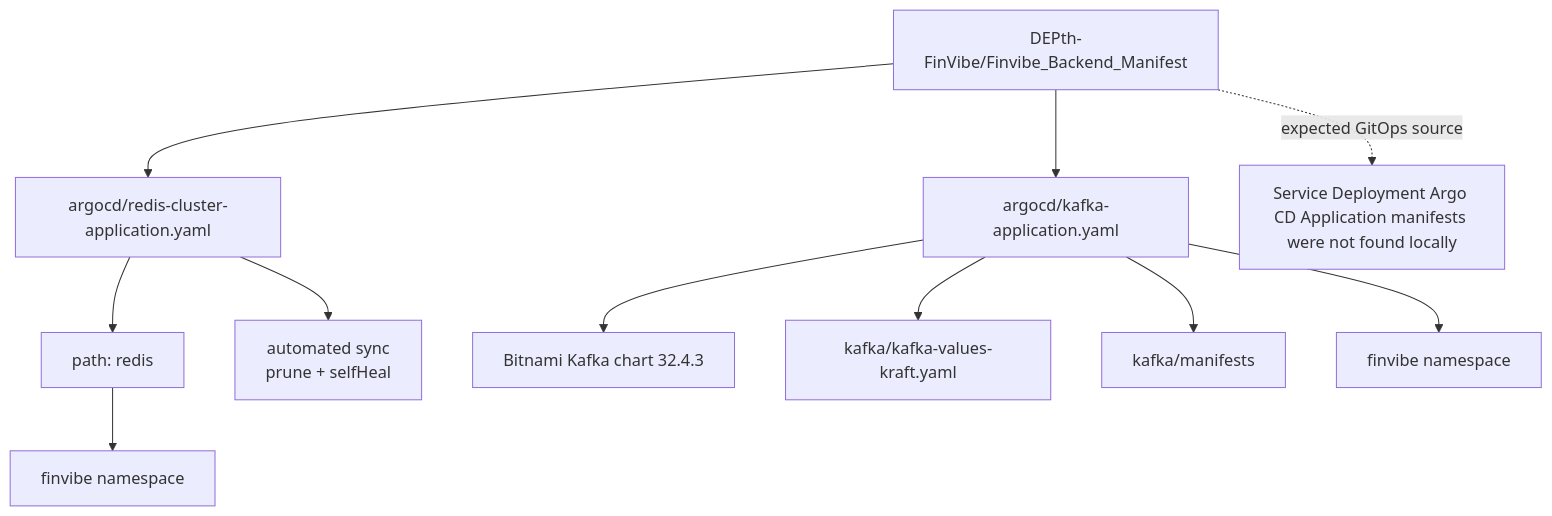
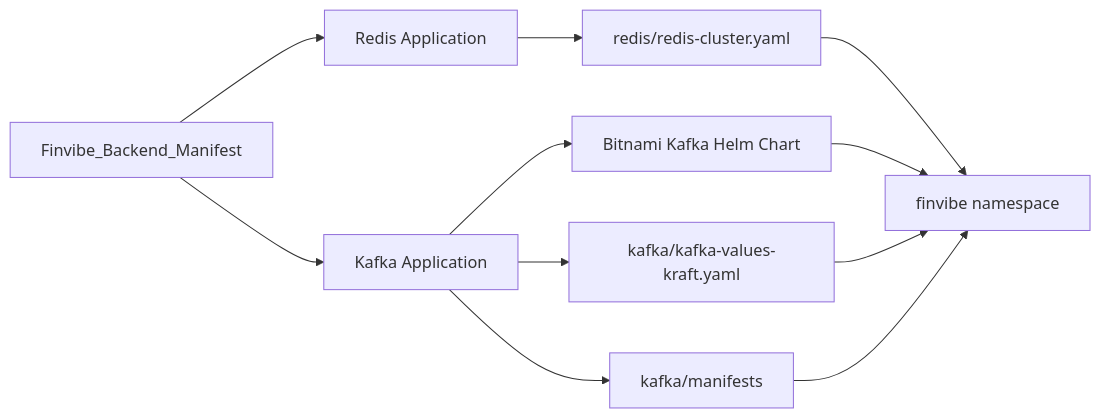
The second of 2 diagrams in deployment-flow.md (DEPth-FinVibe/Finvibe_Backend_Manifest), drawn with Mermaid before and after one commit. The commit also changed other lines of this file, not shown here.

````diff
--- a/deployment-flow.md
+++ b/deployment-flow.md
@@ -129,18 +37,15 @@
 ```mermaid
-flowchart TB
-    manifest_repo[DEPth-FinVibe/Finvibe_Backend_Manifest]
+flowchart LR
+    A[Finvibe_Backend_Manifest] --> B[Redis Application]
+    A --> C[Kafka Application]
 
-    manifest_repo --> redis_app[argocd/redis-cluster-application.yaml]
-    redis_app --> redis_path[path: redis]
-    redis_path --> redis_ns[finvibe namespace]
-    redis_app --> redis_policy[automated sync<br/>prune + selfHeal]
+    B --> D[redis/redis-cluster.yaml]
+    C --> E[Bitnami Kafka Helm Chart]
+    C --> F[kafka/kafka-values-kraft.yaml]
+    C --> G[kafka/manifests]
 
-    manifest_repo --> kafka_app[argocd/kafka-application.yaml]
-    kafka_app --> bitnami[Bitnami Kafka chart 32.4.3]
-    kafka_app --> values[kafka/kafka-values-kraft.yaml]
-    kafka_app --> kafka_extra[kafka/manifests]
-    kafka_app --> kafka_ns[finvibe namespace]
-
-    service_note[Service Deployment Argo CD Application manifests were not found locally]
-    manifest_repo -. expected GitOps source .-> service_note
+    D --> H[finvibe namespace]
+    E --> H
+    F --> H
+    G --> H
 ```
````
